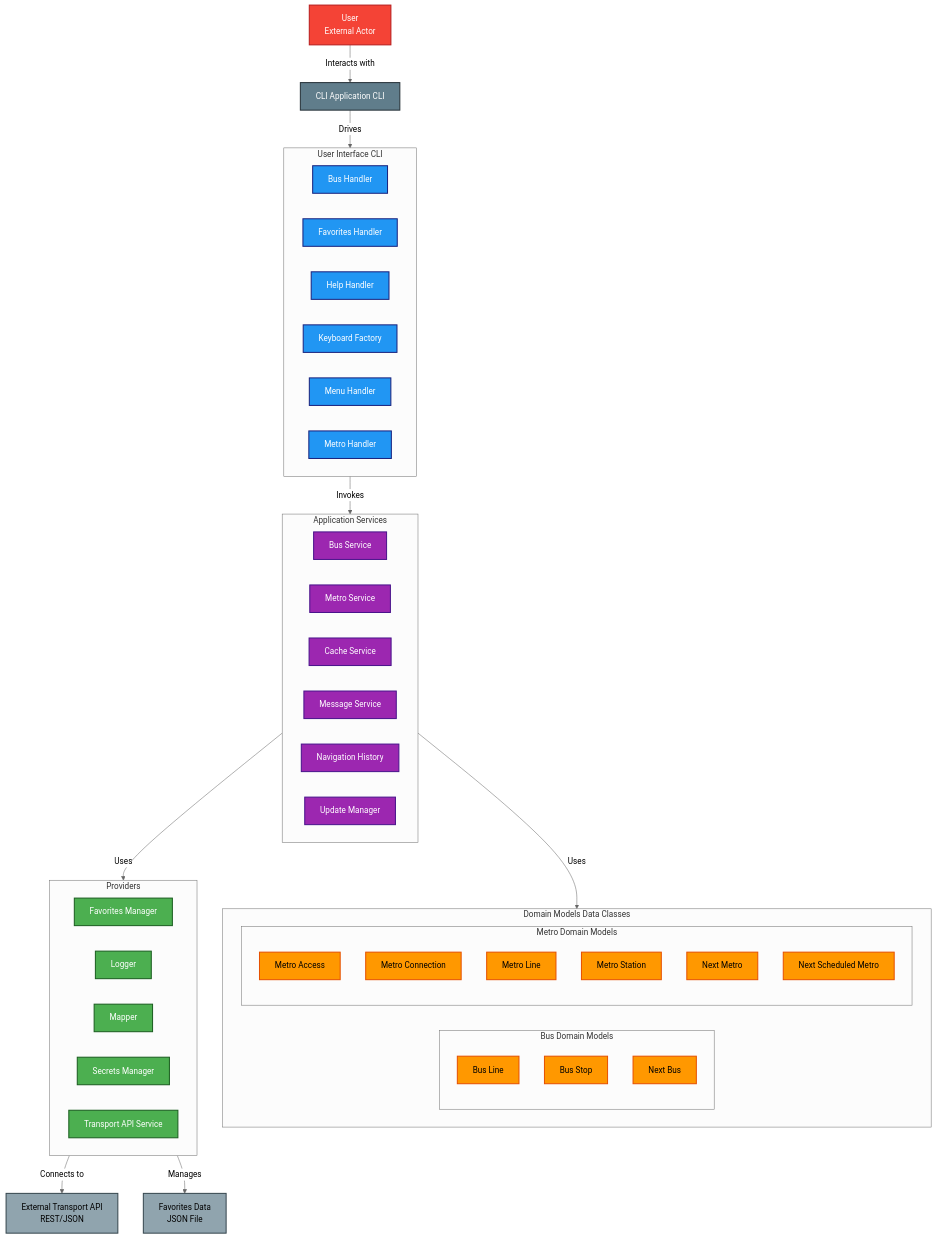
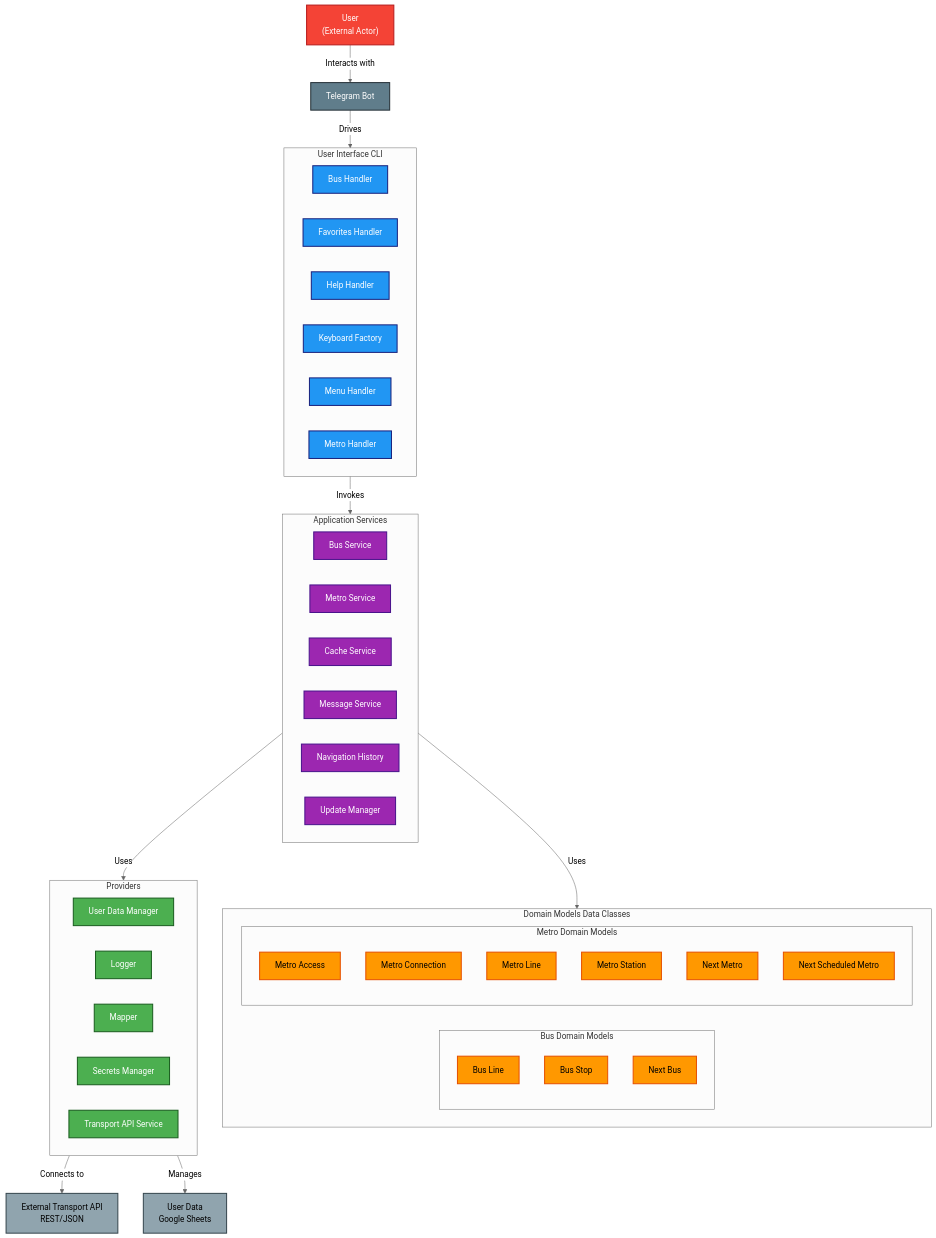
Before and after one commit to mg-diego/BCN-Transit-Bot: the diagram in README.md, drawn with Mermaid (neutral theme). The commit also changed 13 other files, not shown here.

````diff
--- a/README.md
+++ b/README.md
@@ -60,80 +60,80 @@
 ```mermaid
 graph TD
 
-    10["CLI Application CLI"]
-    7["User<br>External Actor"]
+    10["Telegram Bot"]
+    7["User<br>(External Actor)"]
     8["External Transport API<br>REST/JSON"]
-    9["Favorites Data<br>JSON File"]
+    9["User Data<br>Google Sheets"]
 
     subgraph 1["User Interface CLI"]
         31["Bus Handler"]
         32["Favorites Handler"]
         33["Help Handler"]
         34["Keyboard Factory"]
         35["Menu Handler"]
         36["Metro Handler"]
     end
 
     subgraph 2["Providers"]
-        26["Favorites Manager"]
+        26["User Data Manager"]
         27["Logger"]
         28["Mapper"]
         29["Secrets Manager"]
         30["Transport API Service"]
     end
 
     subgraph 3["Domain Models Data Classes"]
         subgraph 4["Metro Domain Models"]
             20["Metro Access"]
             21["Metro Connection"]
             22["Metro Line"]
             23["Metro Station"]
             24["Next Metro"]
             25["Next Scheduled Metro"]
         end
         subgraph 5["Bus Domain Models"]
             17["Bus Line"]
             18["Bus Stop"]
             19["Next Bus"]
         end
     end
 
     subgraph 6["Application Services"]
         11["Bus Service"]
         12["Metro Service"]
         13["Cache Service"]
         14["Message Service"]
         15["Navigation History"]
         16["Update Manager"]
     end
 
     %% Edges
     10 -->|Drives| 1
     6 -->|Uses| 2
     6 -->|Uses| 3
     1 -->|Invokes| 6
     2 -->|Connects to| 8
     2 -->|Manages| 9
     7 -->|Interacts with| 10
 
     %% =============================
     %% Classes & Colors (only boxes)
     %% =============================
     classDef ui fill:#2196f3,color:#fff,stroke:#1a237e,stroke-width:2px;
     classDef providers fill:#4caf50,color:#fff,stroke:#1b5e20,stroke-width:2px;
     classDef domain fill:#ff9800,color:#000,stroke:#e65100,stroke-width:2px;
     classDef services fill:#9c27b0,color:#fff,stroke:#4a148c,stroke-width:2px;
     classDef external fill:#90a4ae,color:#000,stroke:#37474f,stroke-width:2px;
     classDef cli fill:#607d8b,color:#fff,stroke:#263238,stroke-width:2px;
     classDef actor fill:#f44336,color:#fff,stroke:#b71c1c,stroke-width:2px;
 
     %% Assign classes ONLY to internal boxes
     class 31,32,33,34,35,36 ui;
     class 26,27,28,29,30 providers;
     class 20,21,22,23,24,25,17,18,19 domain;
     class 11,12,13,14,15,16 services;
     class 8,9 external;
     class 10 cli;
     class 7 actor;
 
 ```
````
